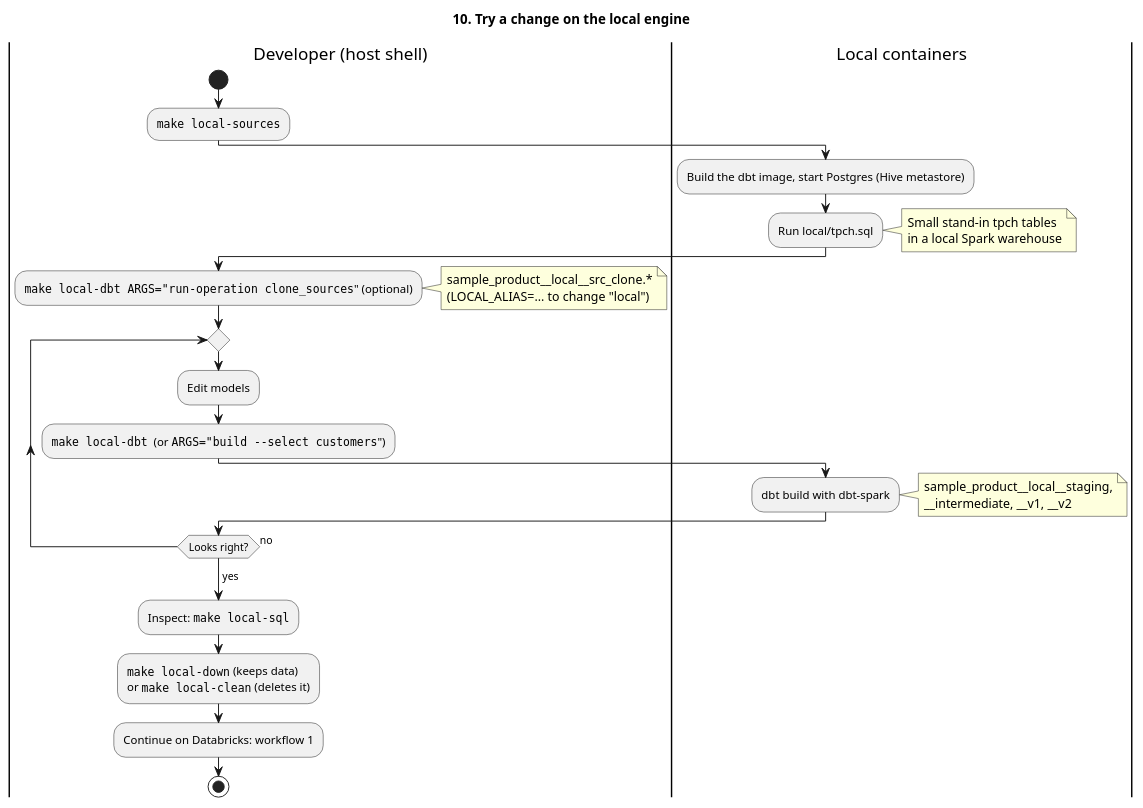
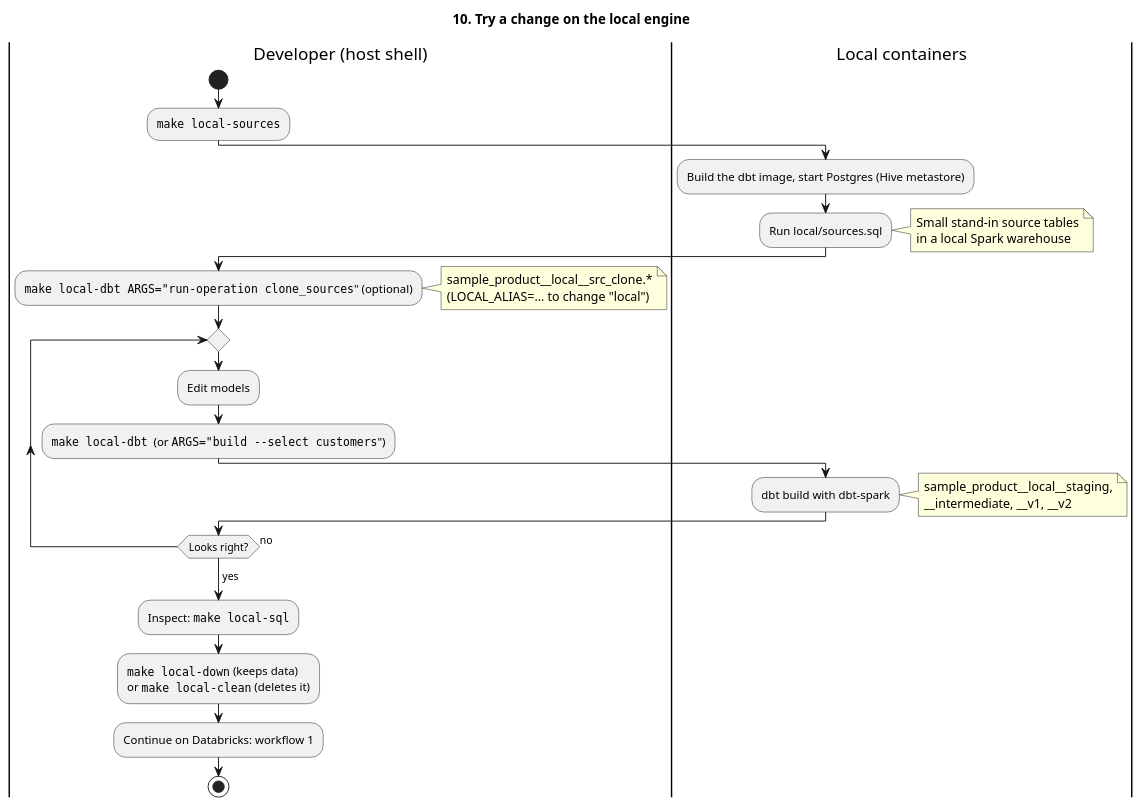
Before and after one commit to PeterHenell/dbt-databricks-template: the diagram in docs/diagrams/workflow-10-local.puml, drawn with PlantUML. The commit also changed 30 other files, not shown here.

```diff
--- a/docs/diagrams/workflow-10-local.puml
+++ b/docs/diagrams/workflow-10-local.puml
@@ -1,37 +1,37 @@
 @startuml workflow-10-local
 title 10. Try a change on the local engine
 
 |Developer (host shell)|
 start
 :""make local-sources"";
 |Local containers|
 :Build the dbt image, start Postgres (Hive metastore);
-:Run local/tpch.sql;
+:Run local/sources.sql;
 note right
-  Small stand-in tpch tables
+  Small stand-in source tables
   in a local Spark warehouse
 end note
 |Developer (host shell)|
 :""make local-dbt ARGS="run-operation clone_sources""" (optional);
 note right
   sample_product~__local~__src_clone.*
   (LOCAL_ALIAS=... to change "local")
 end note
 repeat
   :Edit models;
   :""make local-dbt""  (or ""ARGS="build ~--select customers""");
   |Local containers|
   :dbt build with dbt-spark;
   note right
     sample_product~__local~__staging,
     ~__intermediate, ~__v1, ~__v2
   end note
   |Developer (host shell)|
 repeat while (Looks right?) is (no)
 ->yes;
 :Inspect: ""make local-sql"";
 :""make local-down"" (keeps data)
 or ""make local-clean"" (deletes it);
 :Continue on Databricks: workflow 1;
 stop
 @enduml
```
